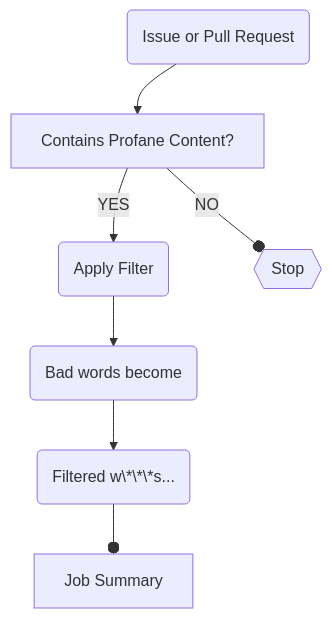
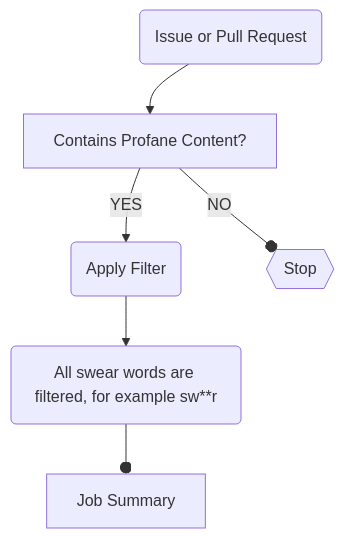
Before and after one commit to IEvangelist/profanity-filter: the diagram in README.md, drawn with Mermaid. The commit also changed 9 other files, not shown here.

````diff
--- a/README.md
+++ b/README.md
@@ -131,10 +131,9 @@
 ```mermaid
 flowchart TD
     A(Issue or Pull Request)
       --> B[Contains Profane Content?]
     B -->|YES| C(Apply Filter)
-      --> E(Bad words become)
-      --> F(Filtered w\*\*\*s...)
-      --o G[Job Summary]
+      --> E(All swear words are filtered, for example sw**r)
+      --o F[Job Summary]
     B --o|NO| D{{Stop}} ~~~A
 ```
````
